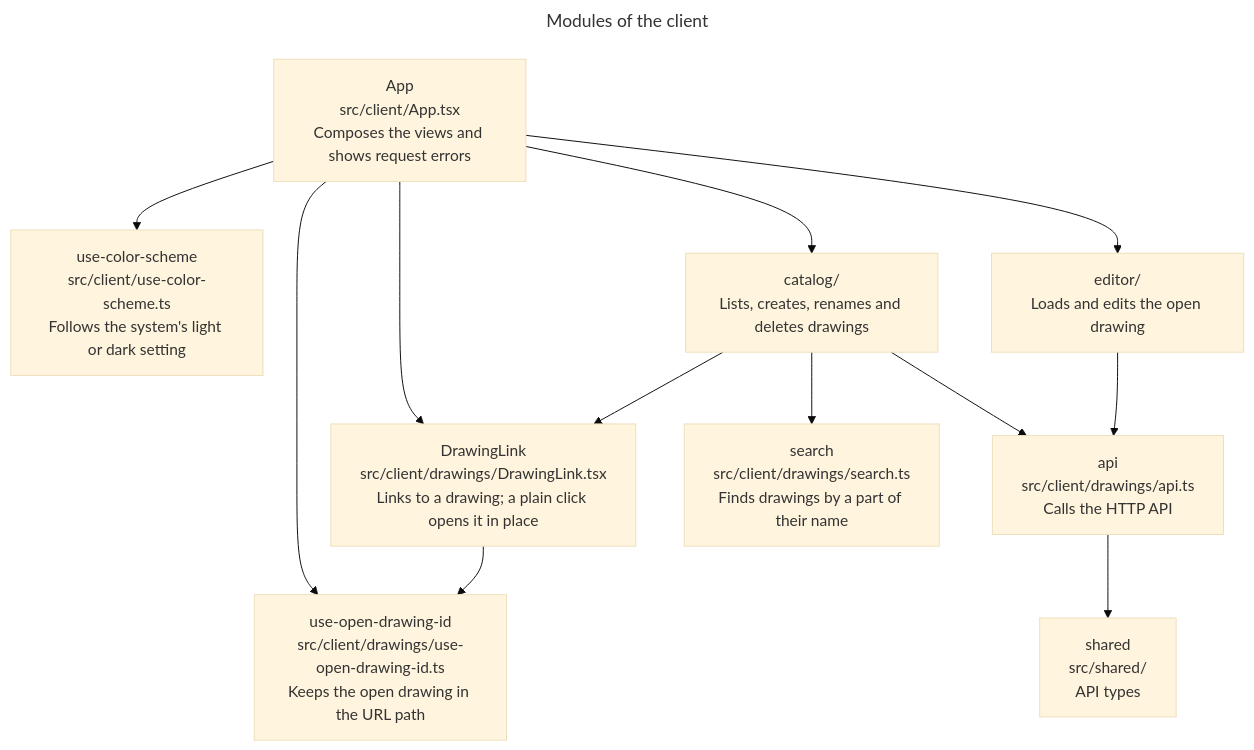
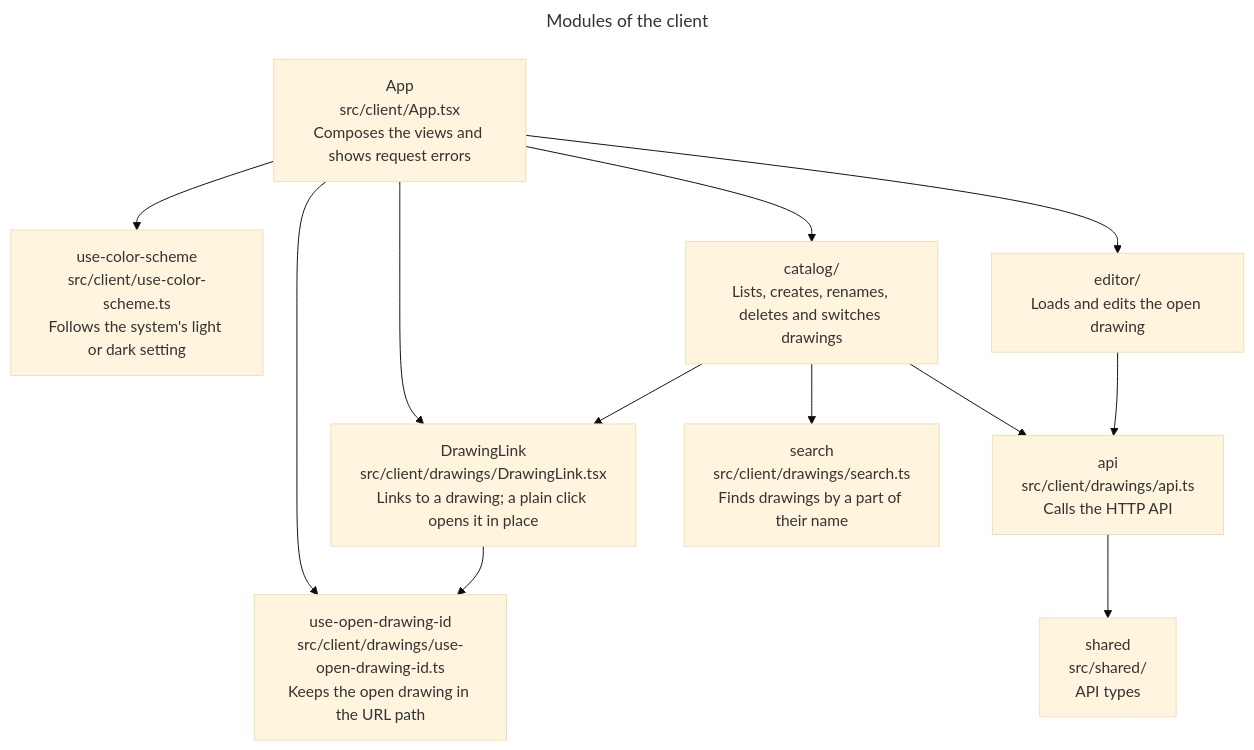
Before and after one commit to remshams/excalidraw-dashboard: the fifth of 10 diagrams in docs/architecture/architecture.md, drawn with Mermaid (base theme). The commit also changed other lines of this file and 1 other file, not shown here.

Commit message:
docs(Architecture): describe the quick switcher

````diff
--- a/docs/architecture/architecture.md
+++ b/docs/architecture/architecture.md
@@ -114,20 +114,20 @@
 ```mermaid
 ---
 title: Modules of the client
 ---
 flowchart TD
     app["App<br>src/client/App.tsx<br>Composes the views and shows request errors"]:::module
     scheme["use-color-scheme<br>src/client/use-color-scheme.ts<br>Follows the system's light or dark setting"]:::module
-    catalog["catalog/<br>Lists, creates, renames and deletes drawings"]:::group
+    catalog["catalog/<br>Lists, creates, renames, deletes and switches drawings"]:::group
     editor["editor/<br>Loads and edits the open drawing"]:::group
     openId["use-open-drawing-id<br>src/client/drawings/use-open-drawing-id.ts<br>Keeps the open drawing in the URL path"]:::module
     link["DrawingLink<br>src/client/drawings/DrawingLink.tsx<br>Links to a drawing; a plain click opens it in place"]:::module
     api["api<br>src/client/drawings/api.ts<br>Calls the HTTP API"]:::module
     search["search<br>src/client/drawings/search.ts<br>Finds drawings by a part of their name"]:::module
     shared["shared<br>src/shared/<br>API types"]:::module
     app --> scheme & catalog & editor & openId & link
     catalog --> api & link & search
     link --> openId
     editor --> api
     api --> shared
 ```
````
